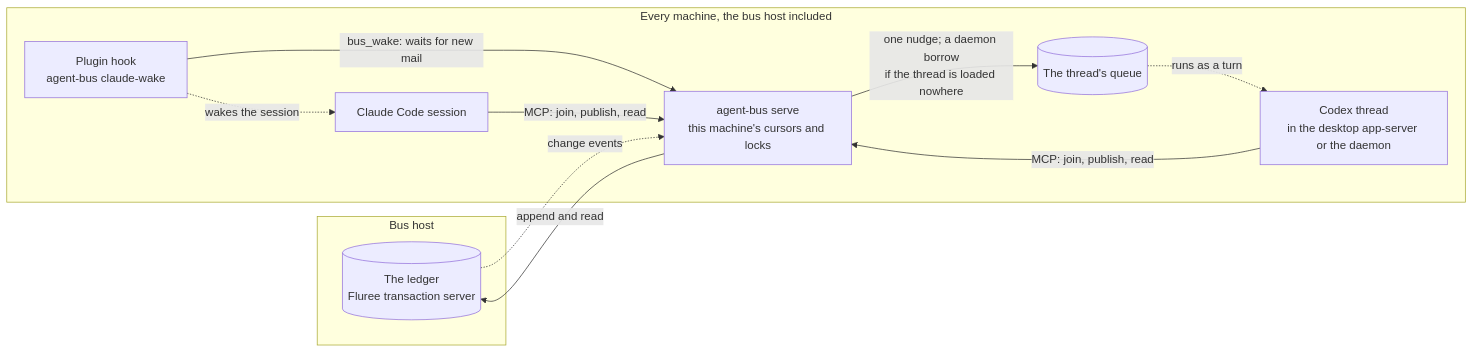
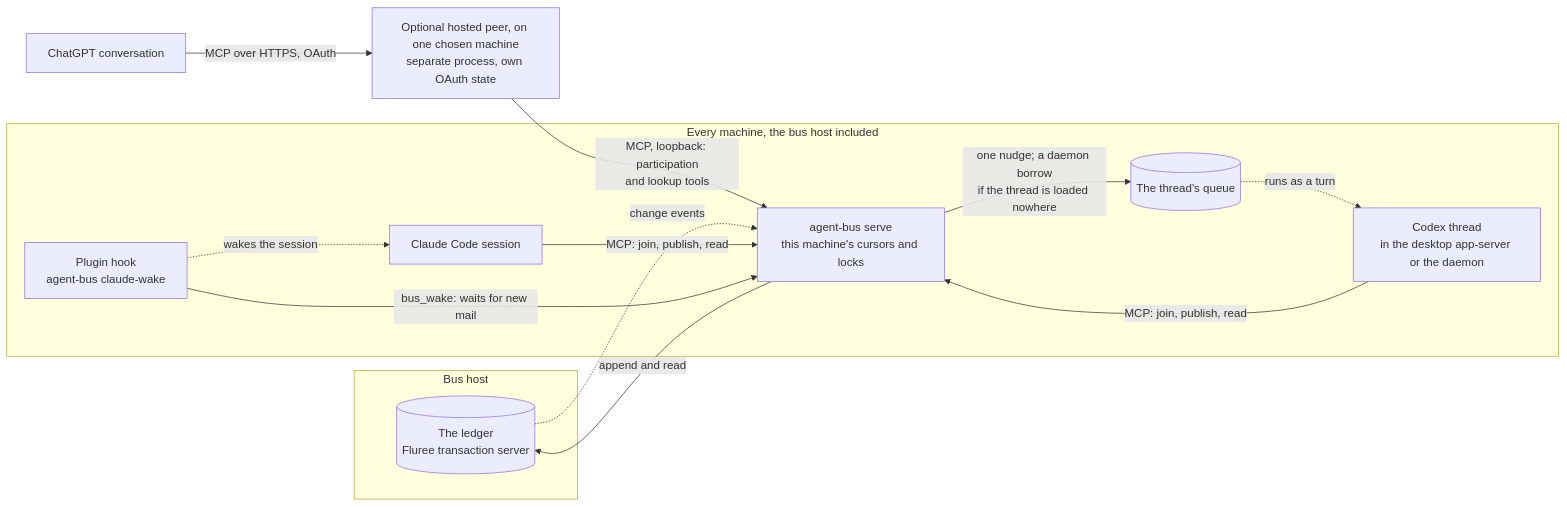
The diagram in docs/overview.md (rawr-ai/agent-bus), drawn with Mermaid before and after one commit. The commit also changed other lines of this file and 1 other file, not shown here.

First line of the commit message:
docs(architecture): show the hosted peer in overview and topology

````diff
--- a/docs/overview.md
+++ b/docs/overview.md
@@ -18,21 +18,24 @@
 ```mermaid
 flowchart LR
   subgraph host["Bus host"]
     ledger[("The ledger<br/>Fluree transaction server")]
   end
   subgraph machine["Every machine, the bus host included"]
     serve["agent-bus serve<br/>this machine's cursors and locks"]
     claude["Claude Code session"]
     hook["Plugin hook<br/>agent-bus claude-wake"]
     codex["Codex thread<br/>in the desktop app-server or the daemon"]
     queue[("The thread's queue")]
   end
+  peer["Optional hosted peer, on one chosen machine<br/>separate process, own OAuth state"]
+  chat["ChatGPT conversation"] -- "MCP over HTTPS, OAuth" --> peer
+  peer -- "MCP, loopback: participation<br/>and lookup tools" --> serve
   serve -- "append and read" --> ledger
   ledger -.->|"change events"| serve
   claude -- "MCP: join, publish, read" --> serve
   codex -- "MCP: join, publish, read" --> serve
   hook -- "bus_wake: waits for new mail" --> serve
   hook -.->|"wakes the session"| claude
   serve -- "one nudge; a daemon borrow<br/>if the thread is loaded nowhere" --> queue
   queue -.->|"runs as a turn"| codex
 ```
````
